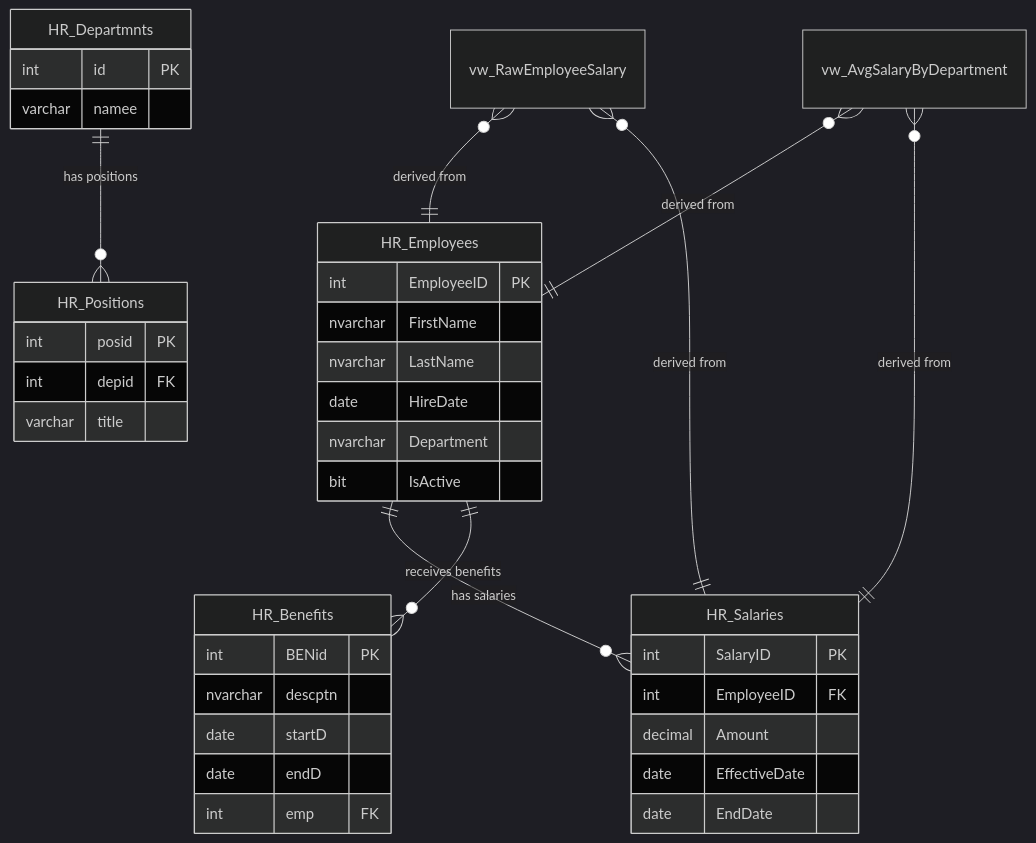
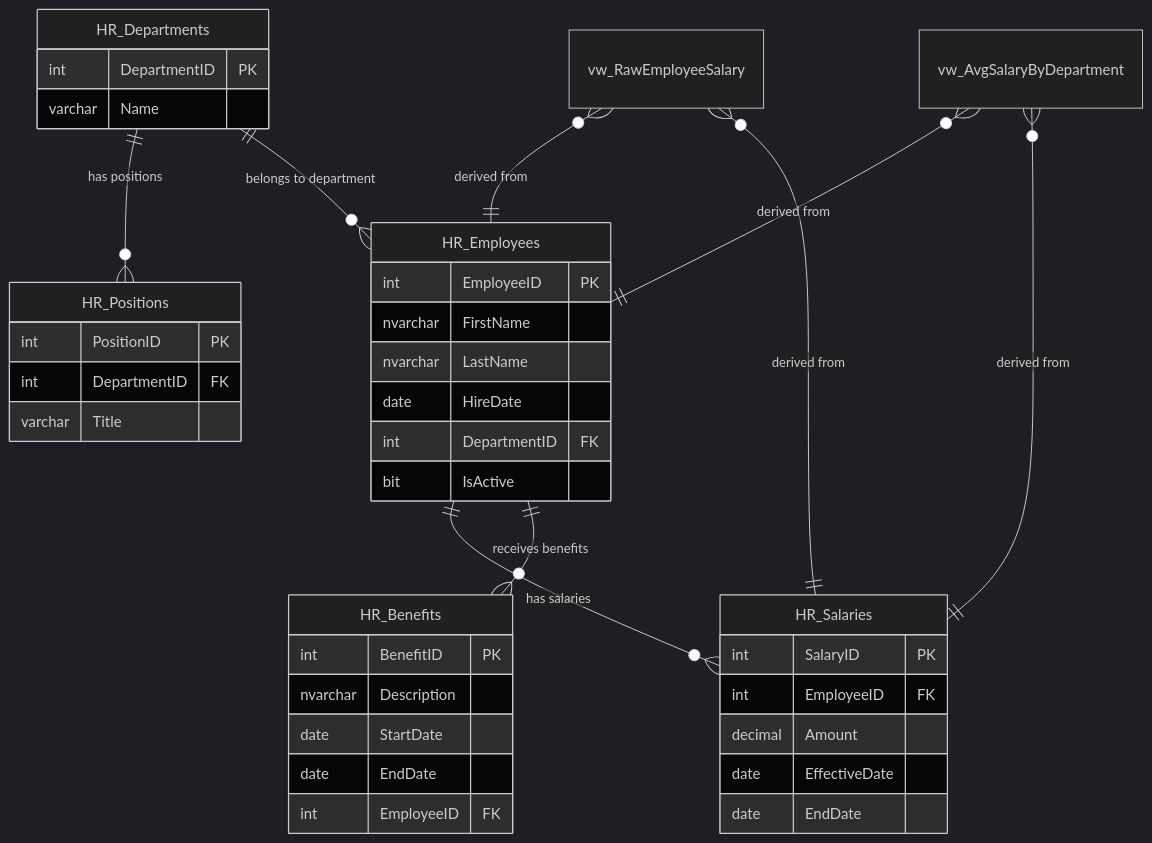
Before and after one commit to rafaelgensen/snowflake-migration-pipeline: the diagram in sql-server/README.md, drawn with Mermaid (dark theme). The commit also changed other lines of this file and 2 other files, not shown here.

Commit message:
docs: sql server / first commit

````diff
--- a/sql-server/README.md
+++ b/sql-server/README.md
@@ -7,51 +7,51 @@
 ```mermaid
 erDiagram
     HR_Employees {
         int EmployeeID PK
         nvarchar FirstName
         nvarchar LastName
         date HireDate
-        nvarchar Department
+        int DepartmentID FK
         bit IsActive
     }
 
     HR_Salaries {
         int SalaryID PK
         int EmployeeID FK
         decimal Amount
         date EffectiveDate
         date EndDate
     }
 
-    HR_Departmnts {
-        int id PK
-        varchar namee
+    HR_Departments {
+        int DepartmentID PK
+        varchar Name
     }
 
     HR_Positions {
-        int posid PK
-        int depid FK
-        varchar title
+        int PositionID PK
+        int DepartmentID FK
+        varchar Title
     }
 
     HR_Benefits {
-        int BENid PK
-        nvarchar descptn
-        date startD
-        date endD
-        int emp FK
+        int BenefitID PK
+        nvarchar Description
+        date StartDate
+        date EndDate
+        int EmployeeID FK
     }
 
     %% Relationships
     HR_Employees ||--o{ HR_Salaries : "has salaries"
-    HR_Departmnts ||--o{ HR_Positions : "has positions"
+    HR_Departments ||--o{ HR_Positions : "has positions"
     HR_Employees ||--o{ HR_Benefits : "receives benefits"
+    HR_Departments ||--o{ HR_Employees : "belongs to department"
 
     %% Views (not physical tables, but shown as derived entities)
     vw_RawEmployeeSalary }o--|| HR_Employees : "derived from"
     vw_RawEmployeeSalary }o--|| HR_Salaries : "derived from"
 
     vw_AvgSalaryByDepartment }o--|| HR_Employees : "derived from"
     vw_AvgSalaryByDepartment }o--|| HR_Salaries : "derived from"
-
 ```
````
